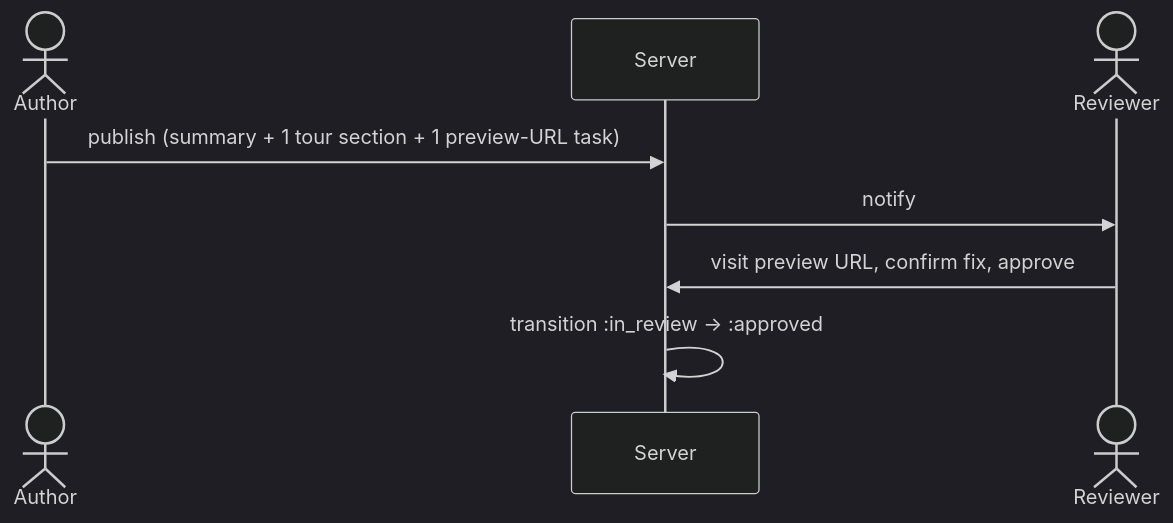
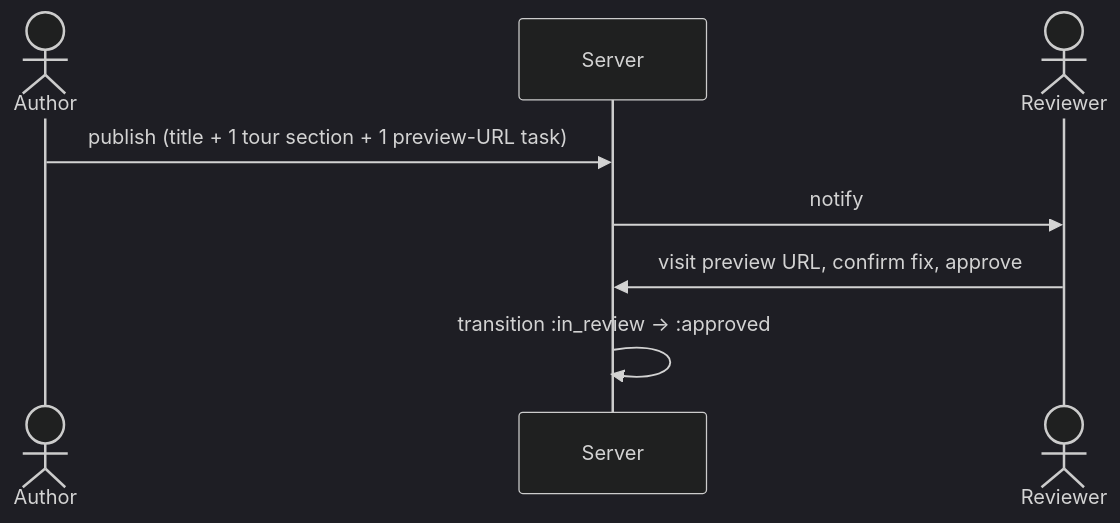
One commit to figitaki/reviews changed the third of 7 diagrams in .plans/review-packet-prd.md. Above: the diagram before and after it, drawn with Mermaid (dark theme). The commit also changed other lines of this file and 2 other files, not shown here.

````diff
--- a/.plans/review-packet-prd.md
+++ b/.plans/review-packet-prd.md
@@ -95,11 +95,11 @@
 ```mermaid
 sequenceDiagram
     actor Author
     participant Server
     actor Reviewer
 
-    Author->>Server: publish (summary + 1 tour section + 1 preview-URL task)
+    Author->>Server: publish (title + 1 tour section + 1 preview-URL task)
     Server->>Reviewer: notify
     Reviewer->>Server: visit preview URL, confirm fix, approve
     Server->>Server: transition :in_review → :approved
 ```
````
